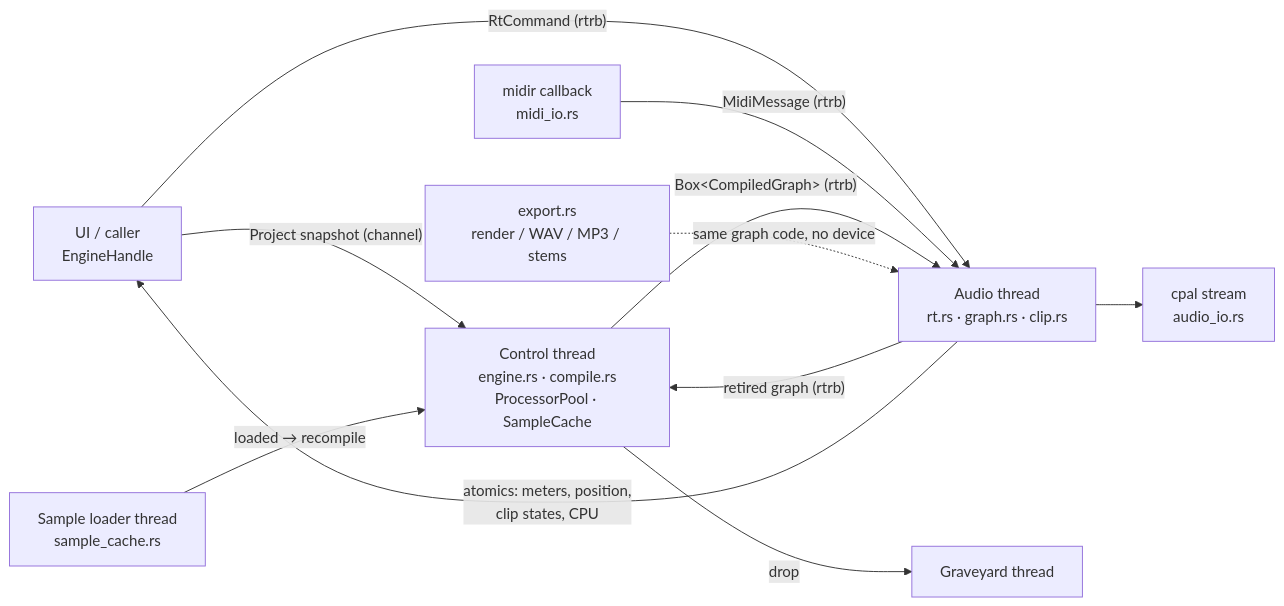
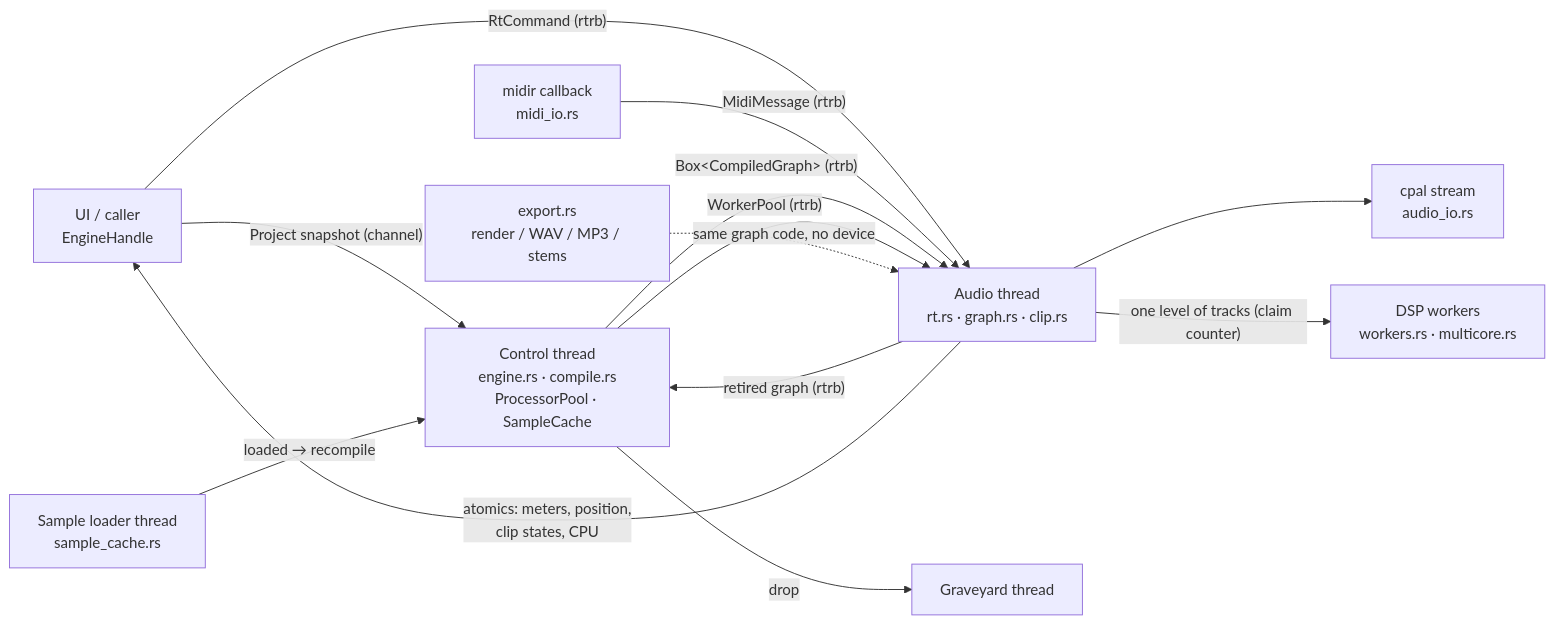
The diagram in crates/engine/README.md (crhistian-cornejo/AI-Track), drawn with Mermaid before and after one commit. The commit also changed other lines of this file and 27 other files, not shown here.

First line of the commit message:
engine, host, app: tracks that do not feed each other run in parallel on a pool of DSP threads

````diff
--- a/crates/engine/README.md
+++ b/crates/engine/README.md
@@ -8,13 +8,15 @@
 ```mermaid
 flowchart LR
   UI["UI / caller<br/>EngineHandle"] -- "Project snapshot (channel)" --> CTRL
   UI -- "RtCommand (rtrb)" --> RT
   MIDI["midir callback<br/>midi_io.rs"] -- "MidiMessage (rtrb)" --> RT
   CTRL["Control thread<br/>engine.rs · compile.rs<br/>ProcessorPool · SampleCache"] -- "Box&lt;CompiledGraph&gt; (rtrb)" --> RT
   RT["Audio thread<br/>rt.rs · graph.rs · clip.rs"] -- "retired graph (rtrb)" --> CTRL
   CTRL -- "drop" --> GY["Graveyard thread"]
   RT -- "atomics: meters, position,<br/>clip states, CPU" --> UI
   LOADER["Sample loader thread<br/>sample_cache.rs"] -- "loaded → recompile" --> CTRL
   RT --> DEV["cpal stream<br/>audio_io.rs"]
+  RT -- "one level of tracks (claim counter)" --> WK["DSP workers<br/>workers.rs · multicore.rs"]
+  CTRL -- "WorkerPool (rtrb)" --> RT
   OFF["export.rs<br/>render / WAV / MP3 / stems"] -. "same graph code, no device" .-> RT
 ```
````
